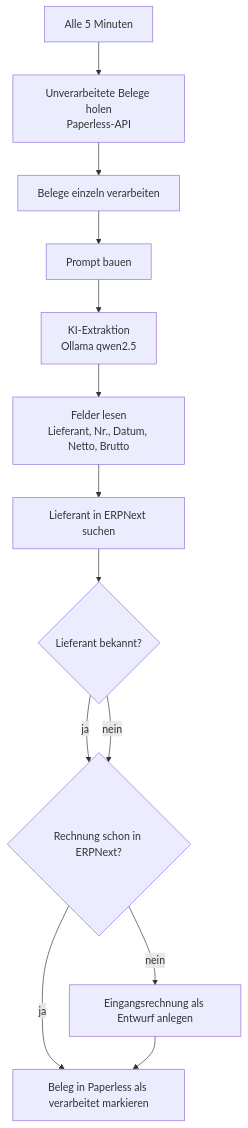
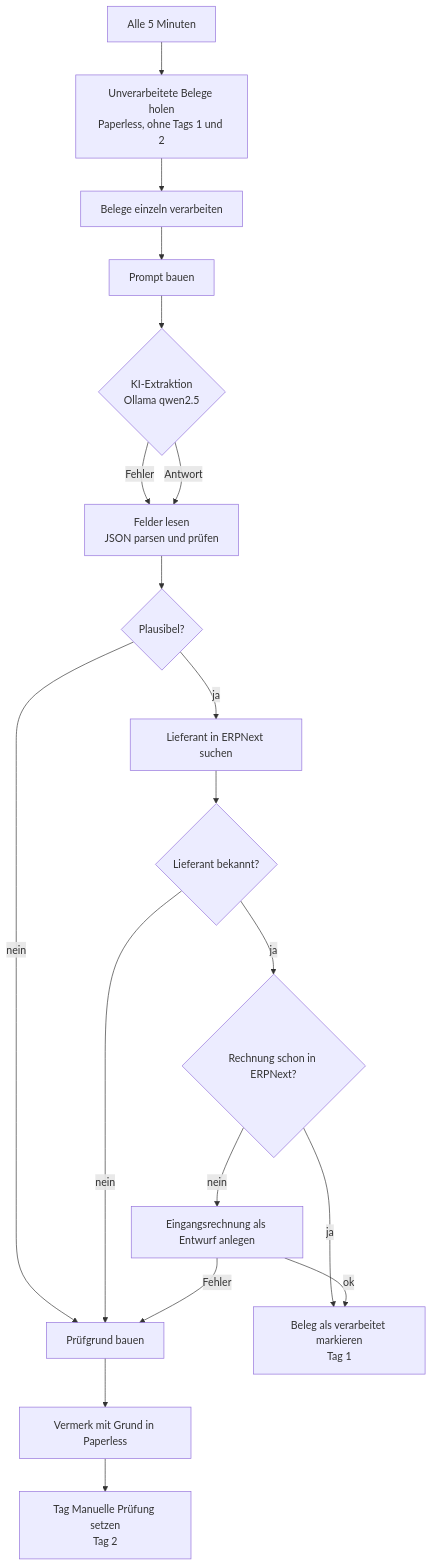
Before and after one commit to steveberger1401/n8n-belegmanagement: the diagram in README.md, drawn with Mermaid. The commit also changed other lines of this file and 1 other file, not shown here.

````diff
--- a/README.md
+++ b/README.md
@@ -24,15 +73,21 @@
 ```mermaid
 flowchart TD
-    A[Alle 5 Minuten] --> B[Unverarbeitete Belege holen<br/>Paperless-API]
+    A[Alle 5 Minuten] --> B[Unverarbeitete Belege holen<br/>Paperless, ohne Tags 1 und 2]
     B --> C[Belege einzeln verarbeiten]
     C --> D[Prompt bauen]
-    D --> E[KI-Extraktion<br/>Ollama qwen2.5]
-    E --> F[Felder lesen<br/>Lieferant, Nr., Datum, Netto, Brutto]
-    F --> G[Lieferant in ERPNext suchen]
+    D --> E{KI-Extraktion<br/>Ollama qwen2.5}
+    E -- Fehler --> F
+    E -- Antwort --> F[Felder lesen<br/>JSON parsen und prüfen]
+    F --> P{Plausibel?}
+    P -- nein --> Q[Prüfgrund bauen]
+    P -- ja --> G[Lieferant in ERPNext suchen]
     G --> H{Lieferant bekannt?}
+    H -- nein --> Q
     H -- ja --> I{Rechnung schon in ERPNext?}
-    H -- nein --> I
+    I -- ja --> K[Beleg als verarbeitet markieren<br/>Tag 1]
     I -- nein --> J[Eingangsrechnung als Entwurf anlegen]
-    I -- ja --> K[Beleg in Paperless als verarbeitet markieren]
-    J --> K
+    J -- Fehler --> Q
+    J -- ok --> K
+    Q --> R[Vermerk mit Grund in Paperless]
+    R --> S[Tag Manuelle Prüfung setzen<br/>Tag 2]
 ```
````
